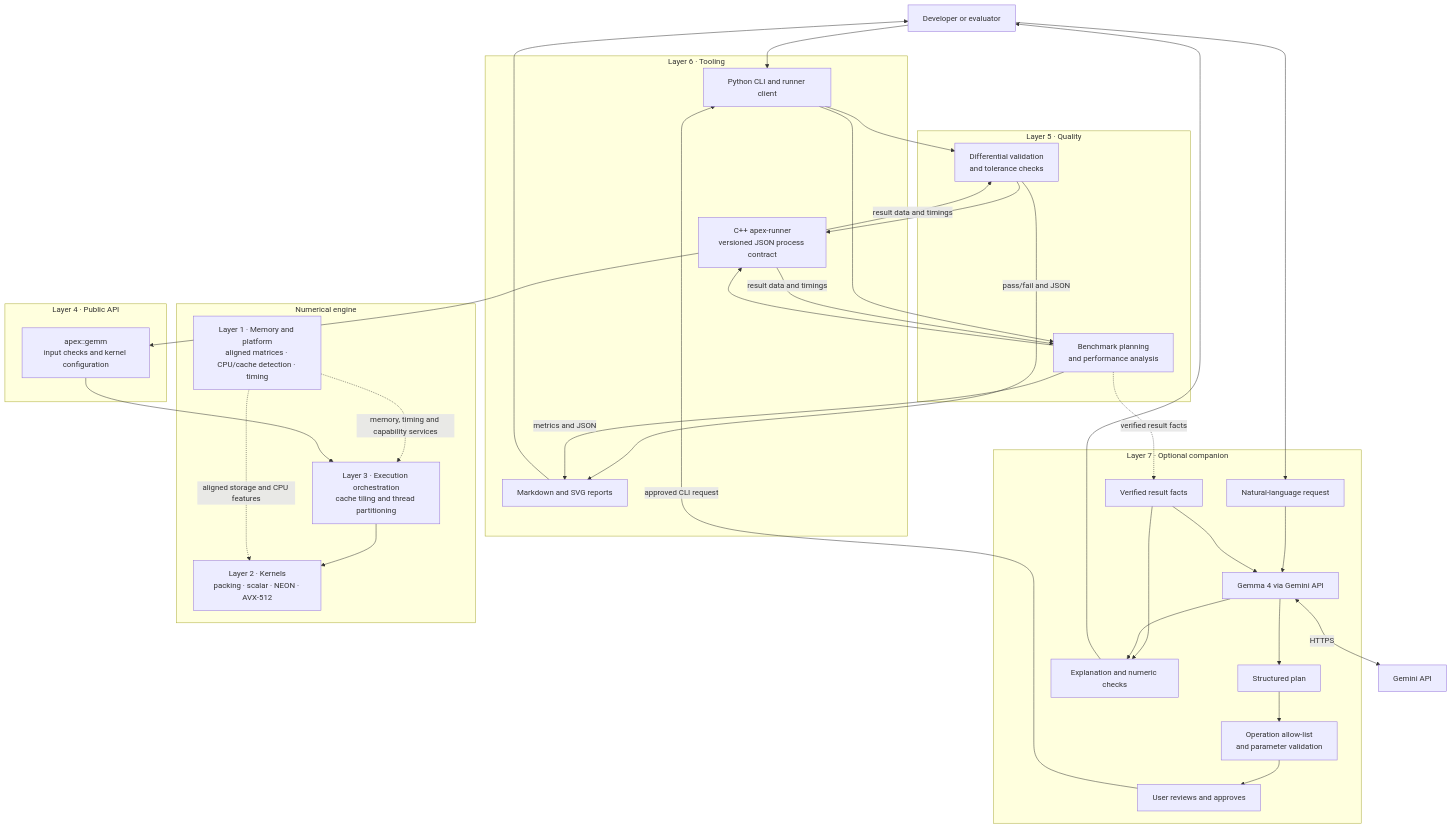
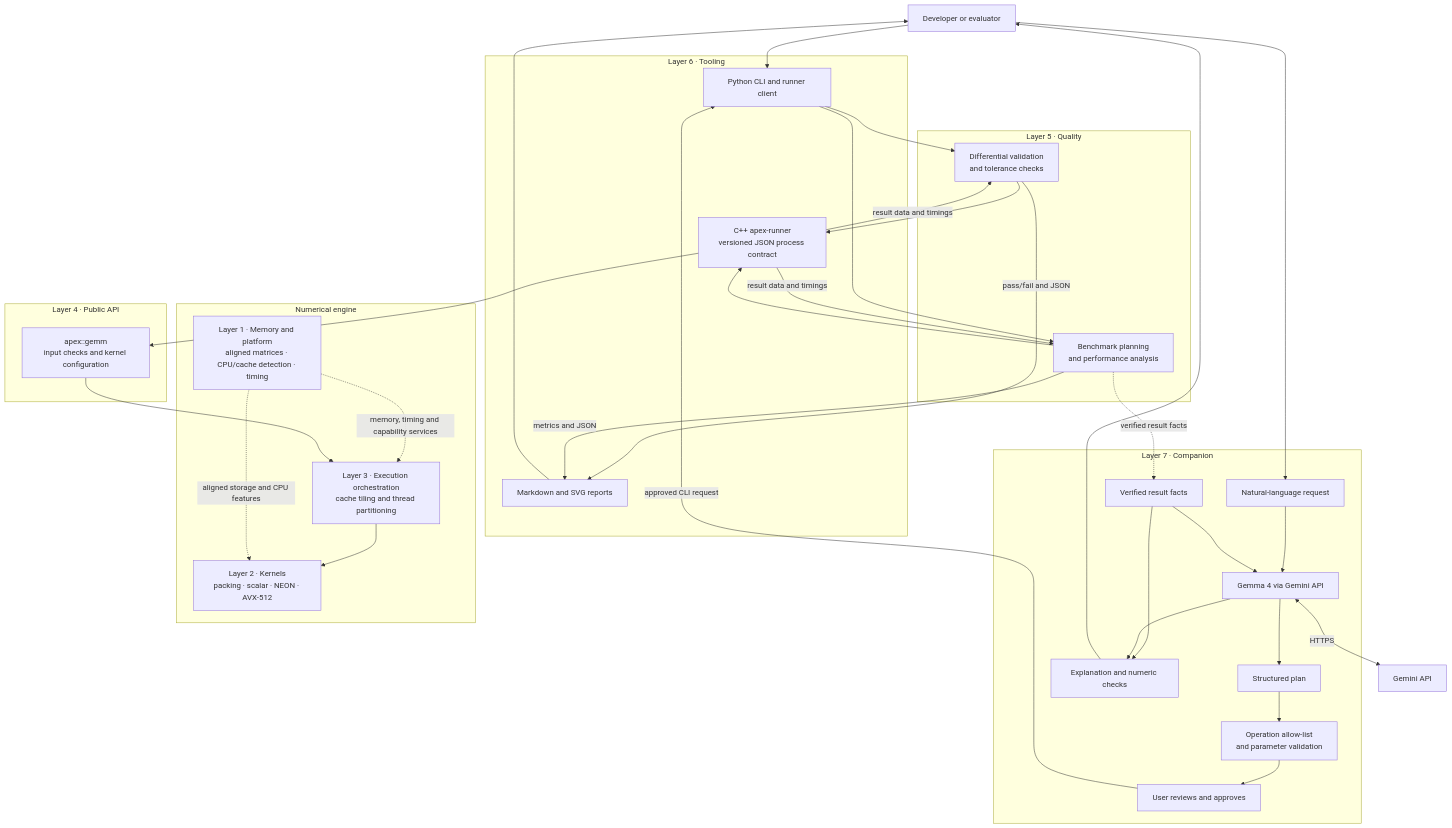
Before and after one commit to ggaisenn/apex_compute: the diagram in README.md, drawn with Mermaid.

````diff
--- a/README.md
+++ b/README.md
@@ -15,52 +15,52 @@
 ```mermaid
 flowchart TB
     USER["Developer or evaluator"]
 
-    subgraph INTELLIGENCE["Layer 7 · Optional companion"]
+    subgraph INTELLIGENCE["Layer 7 · Companion"]
         REQUEST["Natural-language request"] --> MODEL["Gemma 4 via Gemini API"]
         MODEL --> PLAN["Structured plan"] --> GATE["Operation allow-list<br/>and parameter validation"]
         GATE --> APPROVAL["User reviews and approves"]
         FACTS["Verified result facts"] --> CHECK["Explanation and numeric checks"]
     end
 
     subgraph TOOLING["Layer 6 · Tooling"]
         CLI["Python CLI and runner client"]
         RUNNER["C++ apex-runner<br/>versioned JSON process contract"]
         REPORT["Markdown and SVG reports"]
     end
 
     subgraph QUALITY["Layer 5 · Quality"]
         VALIDATE["Differential validation<br/>and tolerance checks"]
         BENCH["Benchmark planning<br/>and performance analysis"]
     end
 
     subgraph API["Layer 4 · Public API"]
         GEMM["apex::gemm<br/>input checks and kernel configuration"]
     end
 
     subgraph ENGINE["Numerical engine"]
         ORCH["Layer 3 · Execution orchestration<br/>cache tiling and thread partitioning"]
         KERNEL["Layer 2 · Kernels<br/>packing · scalar · NEON · AVX-512"]
         PLATFORM["Layer 1 · Memory and platform<br/>aligned matrices · CPU/cache detection · timing"]
         ORCH --> KERNEL
         PLATFORM -. "memory, timing and capability services" .-> ORCH
         PLATFORM -. "aligned storage and CPU features" .-> KERNEL
     end
 
     USER --> CLI
     USER --> REQUEST
     APPROVAL -->|"approved CLI request"| CLI
     CLI --> VALIDATE
     CLI --> BENCH
     VALIDATE --> RUNNER
     BENCH --> RUNNER
     RUNNER --> GEMM --> ORCH
     RUNNER -->|"result data and timings"| VALIDATE
     RUNNER -->|"result data and timings"| BENCH
     VALIDATE -->|"pass/fail and JSON"| REPORT
     BENCH -->|"metrics and JSON"| REPORT
     REPORT --> USER
     BENCH -. "verified result facts" .-> FACTS
     FACTS --> MODEL --> CHECK --> USER
     MODEL <-->|"HTTPS"| API_SERVICE["Gemini API"]
 ```
````
